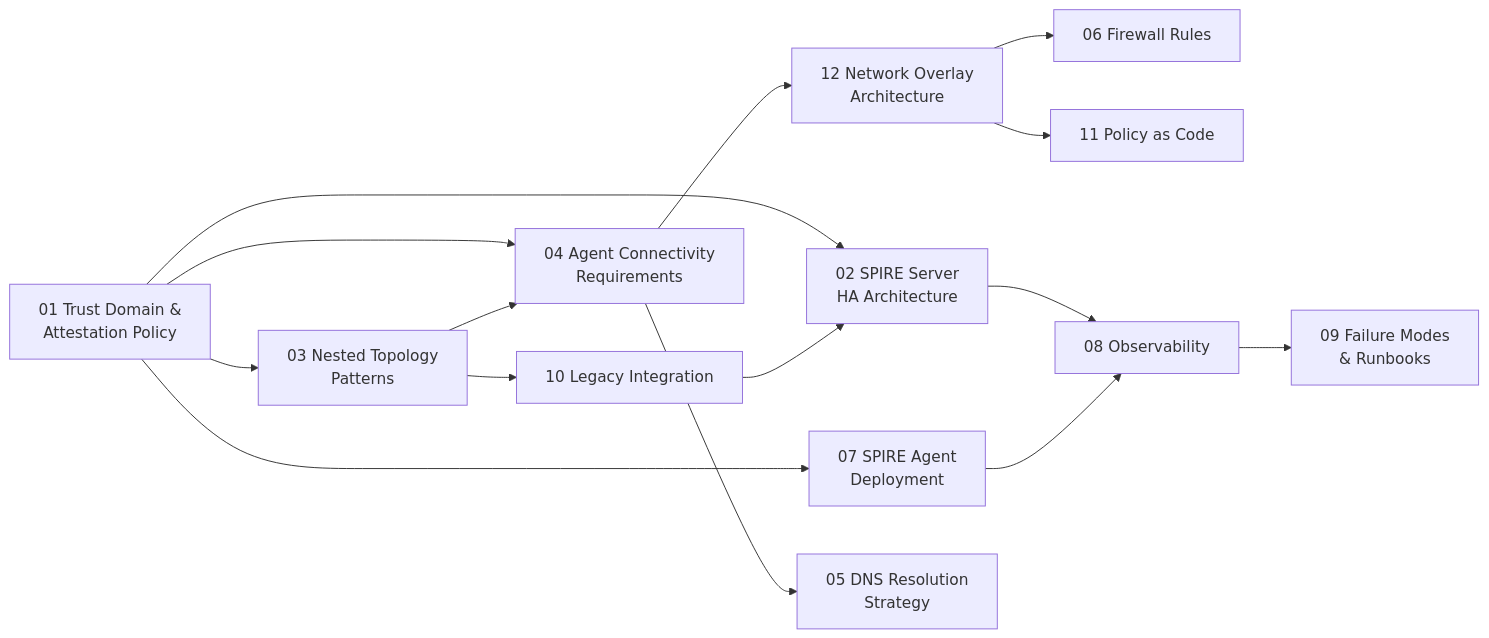
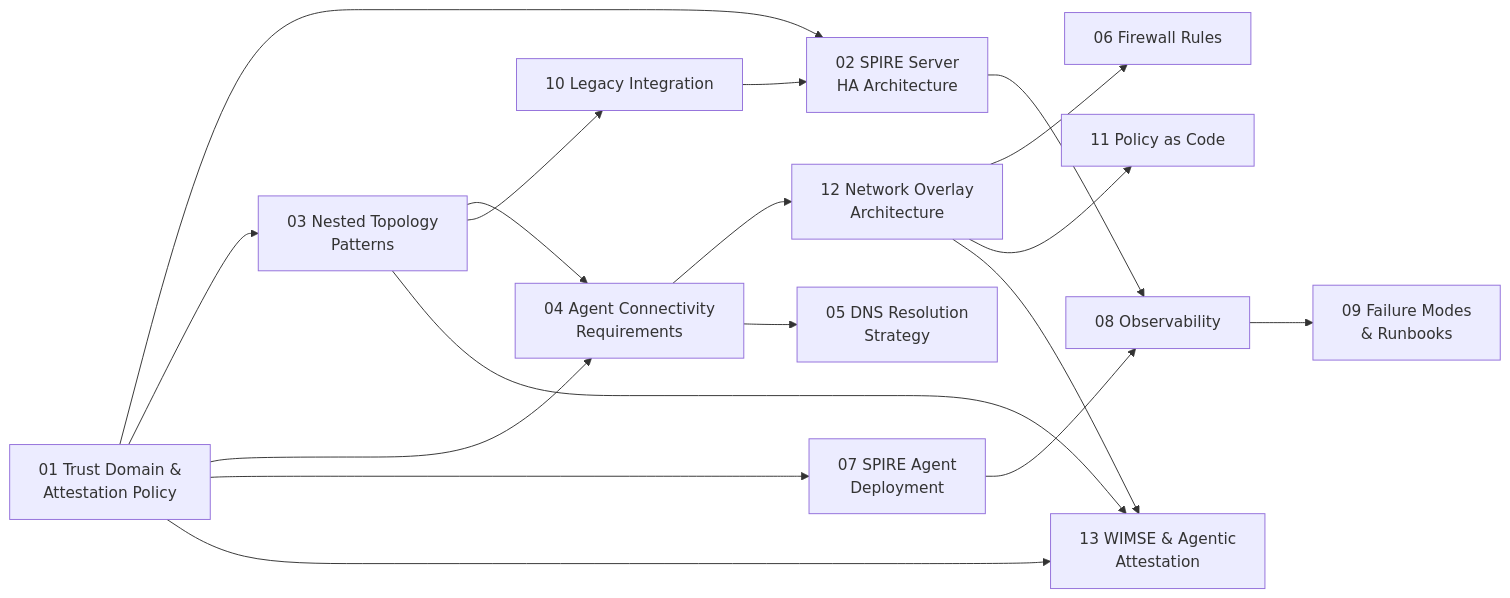
Before and after one commit to wingnut128/wa-docs: the diagram in docs/reading-order.md, drawn with Mermaid. The commit also changed other lines of this file and 4 other files, not shown here.

First line of the commit message:
Add doc 13: WIMSE & Agentic Workload Attestation (#17)

````diff
--- a/docs/reading-order.md
+++ b/docs/reading-order.md
@@ -77,17 +77,20 @@
 ```mermaid
 graph LR
     A["01 Trust Domain &<br>Attestation Policy"] --> B["02 SPIRE Server<br>HA Architecture"]
     A --> C["03 Nested Topology<br>Patterns"]
     A --> D["04 Agent Connectivity<br>Requirements"]
     A --> J["07 SPIRE Agent<br>Deployment"]
     C --> D
     D --> E["12 Network Overlay<br>Architecture"]
     E --> F["06 Firewall Rules"]
     E --> G["11 Policy as Code"]
     D --> H["05 DNS Resolution<br>Strategy"]
     C --> I["10 Legacy Integration"]
     B --> K["08 Observability"]
     J --> K
     K --> L["09 Failure Modes<br>& Runbooks"]
+    A --> M["13 WIMSE & Agentic<br>Attestation"]
+    C --> M
+    E --> M
     I --> B
 ```
````
